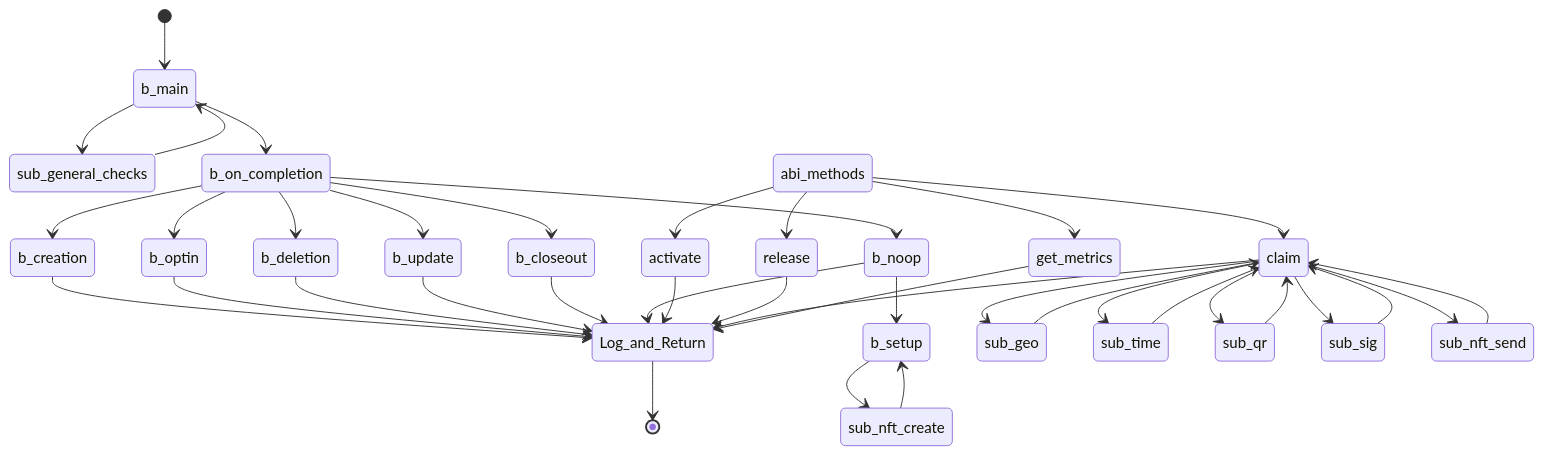
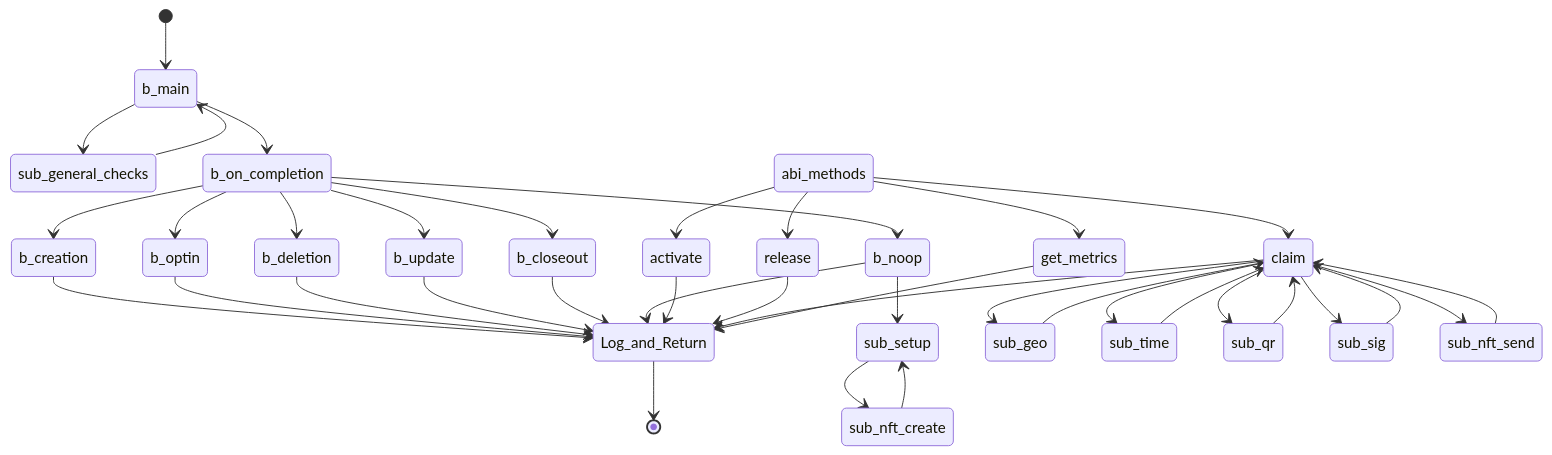
One commit to GoPlausible/.github changed the ninth of 10 diagrams in profile/README.md. Above: the diagram before and after it, drawn with Mermaid.

````diff
--- a/profile/README.md
+++ b/profile/README.md
@@ -435,55 +435,55 @@
 ```mermaid
   stateDiagram-v2
     [*] --> b_main
     b_main --> sub_general_checks
     sub_general_checks --> b_main
     b_main --> b_on_completion
     
     b_on_completion --> b_creation
     b_creation --> Log_and_Return
     b_on_completion --> b_optin
     b_optin --> Log_and_Return
     b_on_completion --> b_deletion
     b_deletion --> Log_and_Return
     b_on_completion --> b_update
     b_update --> Log_and_Return
     b_on_completion --> b_closeout
     b_closeout --> Log_and_Return
 
     b_on_completion --> b_noop
-    b_noop --> b_setup
-    b_setup --> sub_nft_create
-    sub_nft_create --> b_setup
+    b_noop --> sub_setup
+    sub_setup --> sub_nft_create
+    sub_nft_create --> sub_setup
     b_noop --> Log_and_Return
    
 
 
     abi_methods --> activate
     activate --> Log_and_Return
 
     abi_methods --> release
     release --> Log_and_Return
 
     abi_methods --> claim
     claim --> sub_geo
     sub_geo --> claim
     claim --> sub_time
     sub_time --> claim
     claim --> sub_qr
     sub_qr --> claim
     claim --> sub_sig
     sub_sig --> claim
     claim --> sub_nft_send
     sub_nft_send --> claim
     claim --> Log_and_Return
 
 
     
   
     abi_methods --> get_metrics
     get_metrics --> Log_and_Return
   
     
     Log_and_Return --> [*]
     
 ```
````
